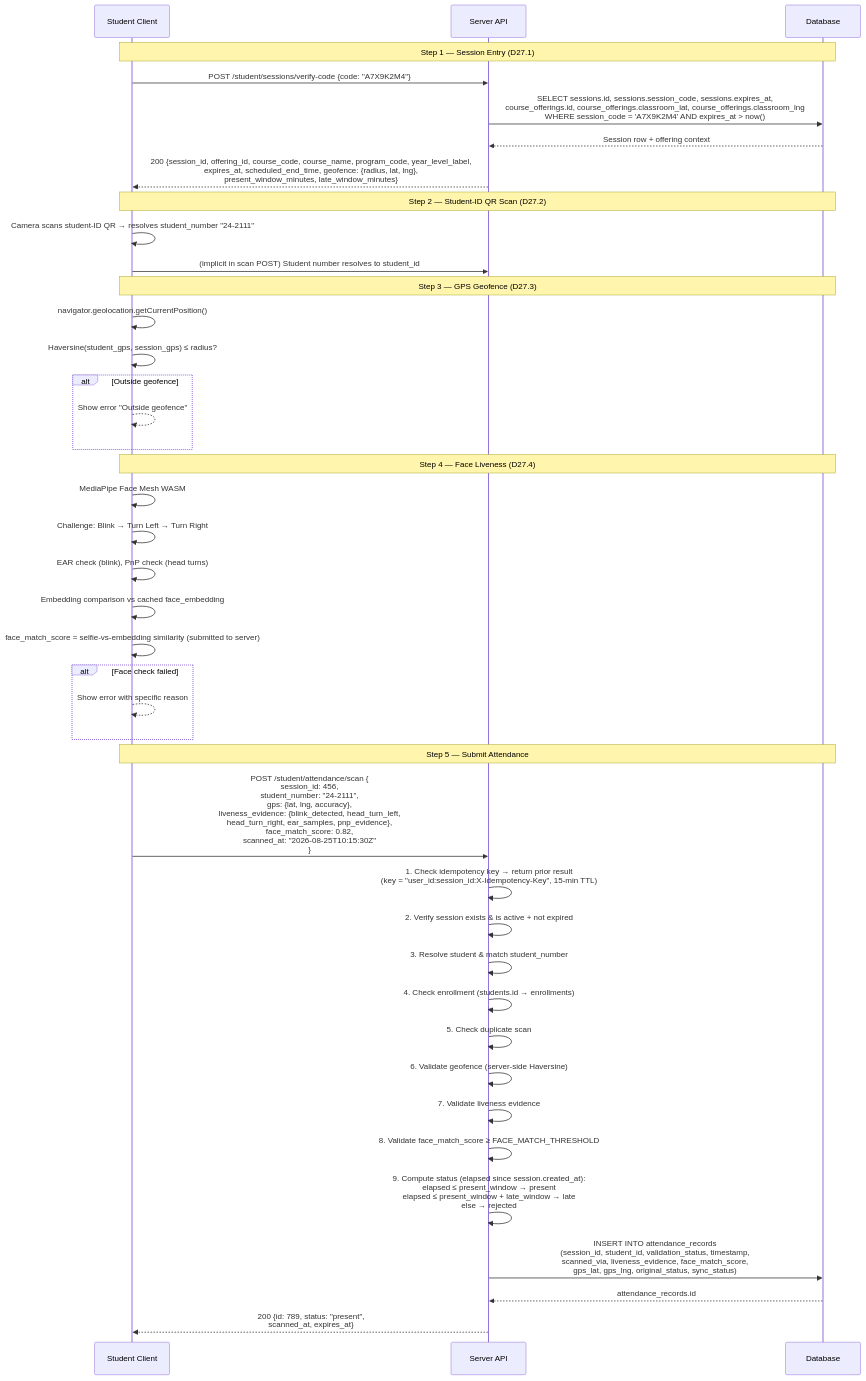
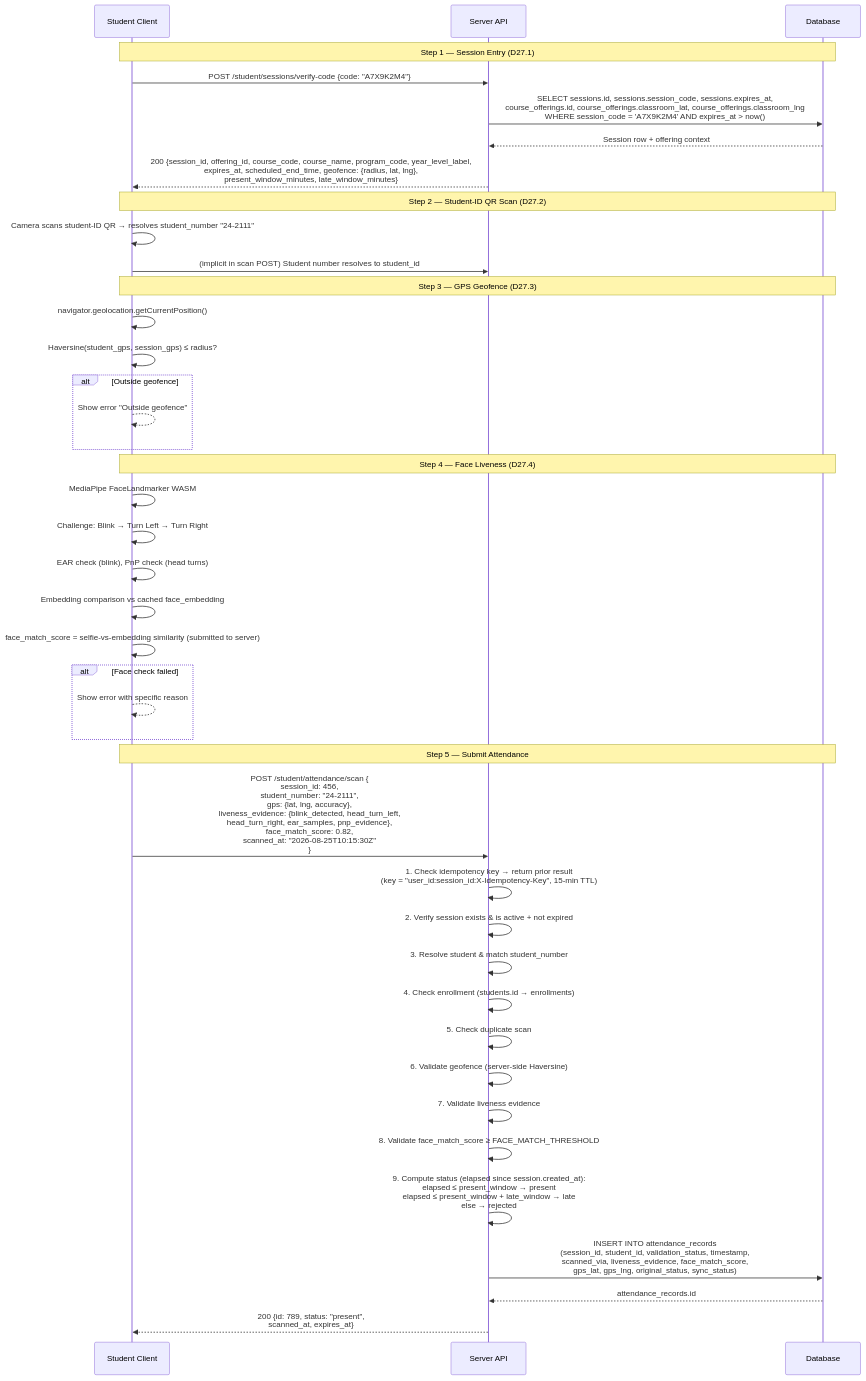
Before and after one commit to dhenji/qr_based_attendance_system: the first of 7 diagrams in docs/architecture/data-flow.md, drawn with Mermaid. The commit also changed 18 other files, not shown here.

````diff
--- a/docs/architecture/data-flow.md
+++ b/docs/architecture/data-flow.md
@@ -10,57 +10,57 @@
 ```mermaid
 sequenceDiagram
     participant S as Student Client
     participant API as Server API
     participant DB as Database
 
     Note over S,DB: Step 1 — Session Entry (D27.1)
 
     S->>API: POST /student/sessions/verify-code {code: "A7X9K2M4"}
     API->>DB: SELECT sessions.id, sessions.session_code, sessions.expires_at,<br>course_offerings.id, course_offerings.classroom_lat, course_offerings.classroom_lng<br>WHERE session_code = 'A7X9K2M4' AND expires_at > now()
     DB-->>API: Session row + offering context
     API-->>S: 200 {session_id, offering_id, course_code, course_name, program_code, year_level_label,<br>expires_at, scheduled_end_time, geofence: {radius, lat, lng},<br>present_window_minutes, late_window_minutes}
 
     Note over S,DB: Step 2 — Student-ID QR Scan (D27.2)
 
     S->>S: Camera scans student-ID QR → resolves student_number "24-2111"
     S->>API: (implicit in scan POST) Student number resolves to student_id
 
     Note over S,DB: Step 3 — GPS Geofence (D27.3)
 
     S->>S: navigator.geolocation.getCurrentPosition()
     S->>S: Haversine(student_gps, session_gps) ≤ radius?
     alt Outside geofence
         S-->>S: Show error "Outside geofence"
     end
 
     Note over S,DB: Step 4 — Face Liveness (D27.4)
 
-    S->>S: MediaPipe Face Mesh WASM
+    S->>S: MediaPipe FaceLandmarker WASM
     S->>S: Challenge: Blink → Turn Left → Turn Right
     S->>S: EAR check (blink), PnP check (head turns)
     S->>S: Embedding comparison vs cached face_embedding
     S->>S: face_match_score = selfie-vs-embedding similarity (submitted to server)
     alt Face check failed
         S-->>S: Show error with specific reason
     end
 
     Note over S,DB: Step 5 — Submit Attendance
 
     S->>API: POST /student/attendance/scan {<br>session_id: 456,<br>student_number: "24-2111",<br>gps: {lat, lng, accuracy},<br>liveness_evidence: {blink_detected, head_turn_left,<br>head_turn_right, ear_samples, pnp_evidence},<br>face_match_score: 0.82,<br>scanned_at: "2026-08-25T10:15:30Z"<br>}
 
     API->>API: 1. Check idempotency key → return prior result<br>(key = "user_id:session_id:X-Idempotency-Key", 15-min TTL)
     API->>API: 2. Verify session exists & is active + not expired
     API->>API: 3. Resolve student & match student_number
     API->>API: 4. Check enrollment (students.id → enrollments)
     API->>API: 5. Check duplicate scan
     API->>API: 6. Validate geofence (server-side Haversine)
     API->>API: 7. Validate liveness evidence
     API->>API: 8. Validate face_match_score ≥ FACE_MATCH_THRESHOLD
 
     API->>API: 9. Compute status (elapsed since session.created_at):<br>elapsed ≤ present_window → present<br>elapsed ≤ present_window + late_window → late<br>else → rejected
 
     API->>DB: INSERT INTO attendance_records<br>(session_id, student_id, validation_status, timestamp,<br>scanned_via, liveness_evidence, face_match_score,<br>gps_lat, gps_lng, original_status, sync_status)
     DB-->>API: attendance_records.id
 
     API-->>S: 200 {id: 789, status: "present",<br>scanned_at, expires_at}
 ```
````
